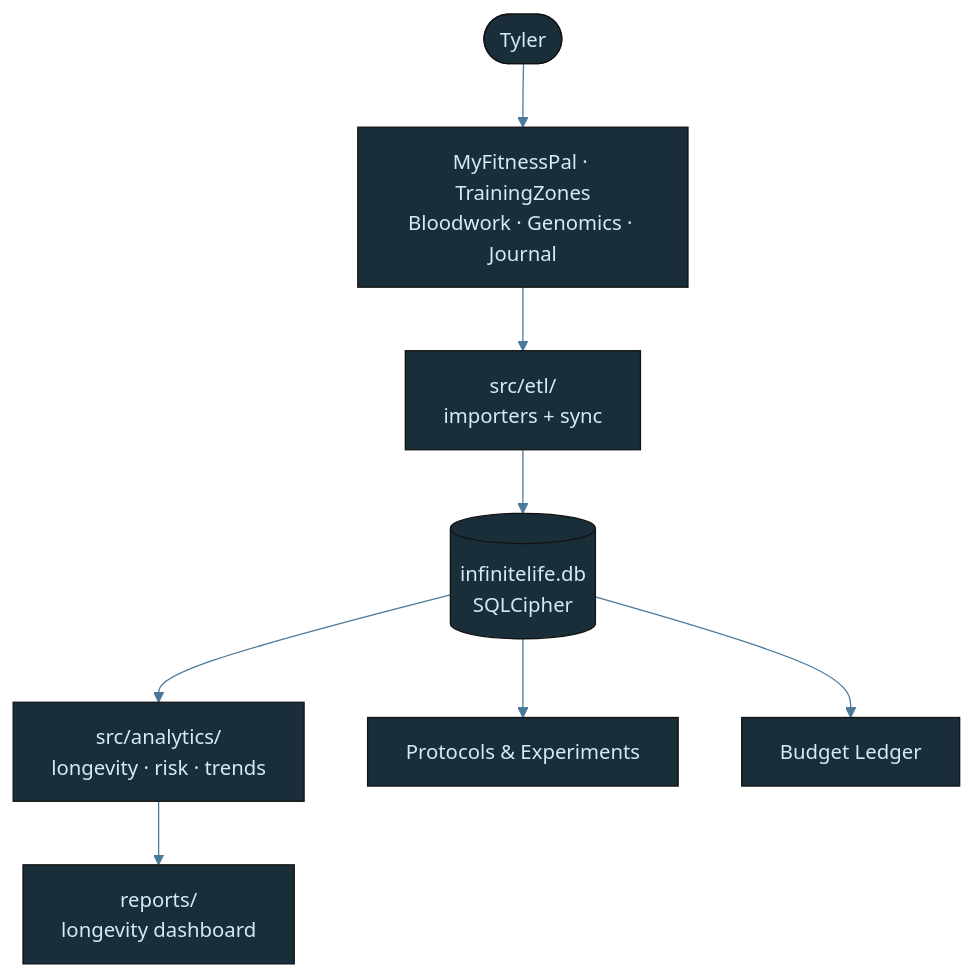
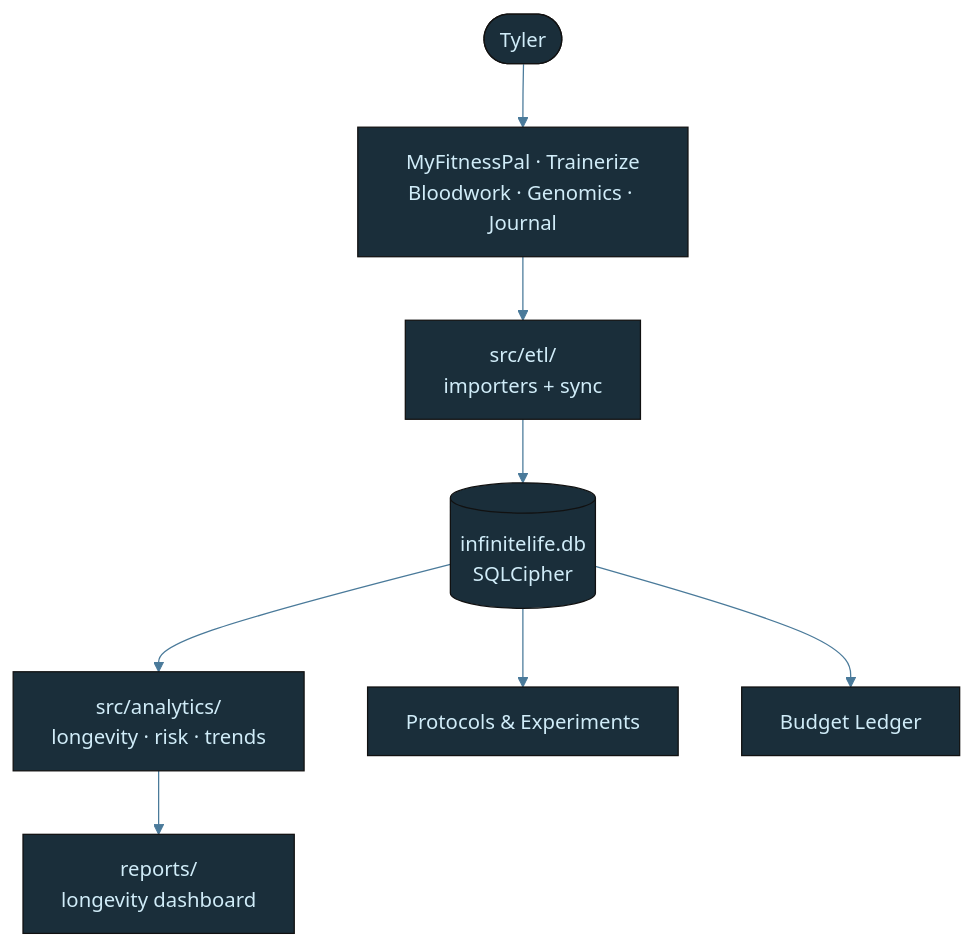
One commit to tylerdrakemusic/-Workspace changed the diagram in diagrams/life-architecture.mmd. Above: the diagram before and after it, drawn with Mermaid. The commit also changed 2 other files, not shown here.

Commit message:
⊕ workspace: diagrams — update life-*.mmd for trainerize sync [FR-20260506]

```diff
--- a/diagrams/life-architecture.mmd
+++ b/diagrams/life-architecture.mmd
@@ -1,21 +1,21 @@
 %%{init: {'theme': 'base', 'themeVariables': {'primaryColor': '#1a2e3a', 'primaryTextColor': '#d0ecf8', 'edgeLabelBackground': '#0f1318', 'lineColor': '#4a7a9a'}}}%%
 graph TB
-    Tyler([Tyler]) --> Inputs[MyFitnessPal · TrainingZones<br/>Bloodwork · Genomics · Journal]
+    Tyler([Tyler]) --> Inputs[MyFitnessPal · Trainerize<br/>Bloodwork · Genomics · Journal]
     Inputs --> ETL[src/etl/<br/>importers + sync]
     ETL --> DB[(infinitelife.db<br/>SQLCipher)]
     DB --> Analytics[src/analytics/<br/>longevity · risk · trends]
     Analytics --> Reports[reports/<br/>longevity dashboard]
     DB --> Protocols[Protocols & Experiments]
     DB --> Budget[Budget Ledger]
     class Inputs,Reports io
     class ETL,DB,Analytics,Protocols,Budget core
 
 classDef life     fill:#1a2e3a,stroke:#6ab4d4,color:#d0ecf8
 classDef music    fill:#3a1a24,stroke:#d47a8f,color:#f8d0dc
 classDef quantum  fill:#251a3a,stroke:#a07adf,color:#e8d0f8
 classDef manifest fill:#3a2e1a,stroke:#d4a96a,color:#f8ead0
 classDef ws       fill:#1a3a30,stroke:#6ad4b4,color:#d0f8ee
 classDef tyler    fill:#2a1a3a,stroke:#9e4aff,color:#fff
 classDef ext      fill:#3a2020,stroke:#ff7a7a,color:#ffd0d0
 classDef db       fill:#3a3010,stroke:#d4c050,color:#f8f0c0
 classDef state    fill:#1a1a1a,stroke:#888888,color:#cccccc
```
